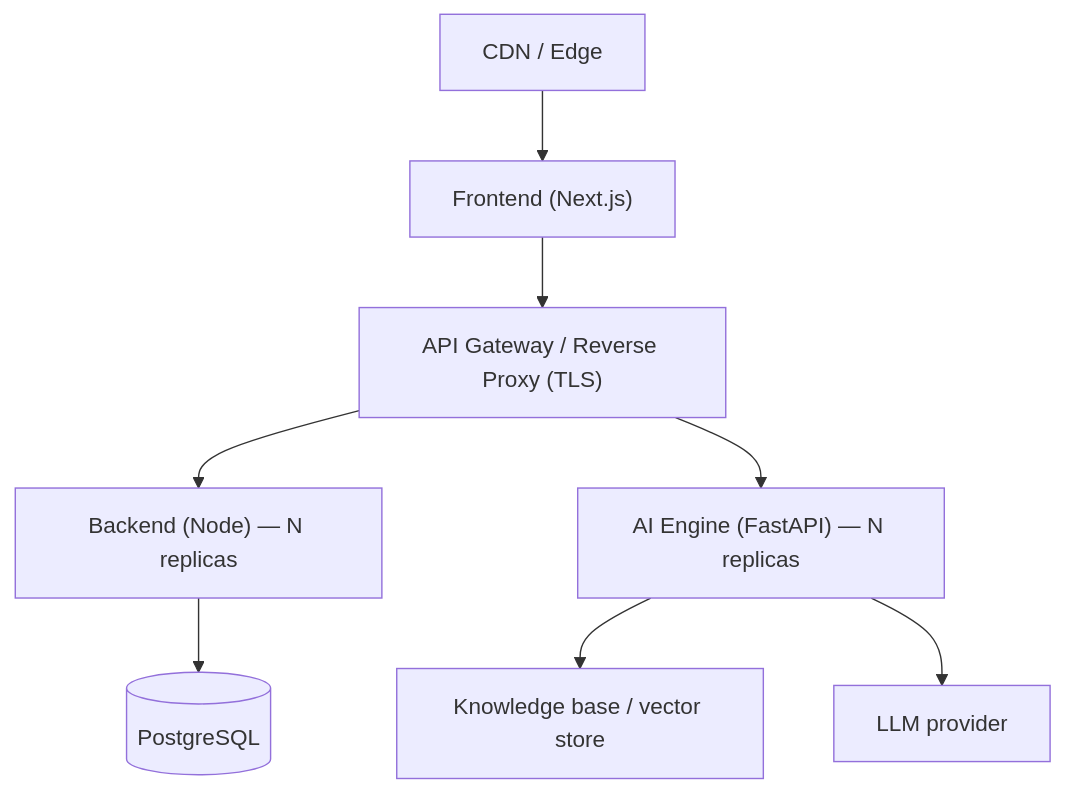
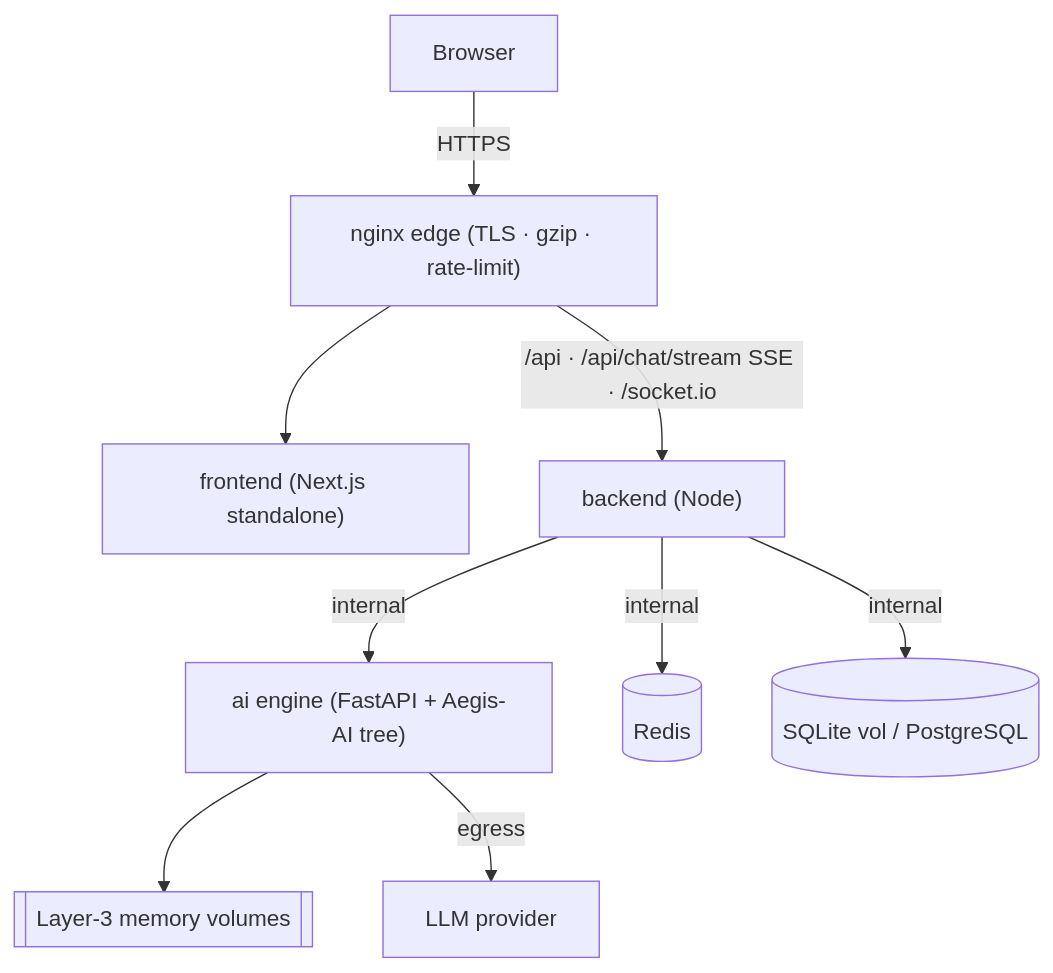
The ninth of 9 diagrams in ARCHITECTURE.md (srinivaspanneerlm-cyber/Aegis-Insurance-Agent), drawn with Mermaid before and after one commit. The commit also changed other lines of this file and 4 other files, not shown here.

First line of the commit message:
docs(devops): add DEVOPS.md runbook + DR; refresh deploy/architecture/readme

````diff
--- a/ARCHITECTURE.md
+++ b/ARCHITECTURE.md
@@ -377,10 +381,11 @@
 ```mermaid
 graph TD
-    CDN["CDN / Edge"] --> FEP["Frontend (Next.js)"]
-    FEP --> GW["API Gateway / Reverse Proxy (TLS)"]
-    GW --> BEP["Backend (Node) — N replicas"]
-    GW --> AIP["AI Engine (FastAPI) — N replicas"]
-    BEP --> PG[("PostgreSQL")]
-    AIP --> KBV["Knowledge base / vector store"]
-    AIP --> LLMP["LLM provider"]
+    U["Browser"] -->|HTTPS| NGINX["nginx edge (TLS · gzip · rate-limit)"]
+    NGINX --> FEP["frontend (Next.js standalone)"]
+    NGINX -->|/api · /api/chat/stream SSE · /socket.io| BEP["backend (Node)"]
+    BEP -->|internal| AIP["ai engine (FastAPI + Aegis-AI tree)"]
+    BEP -->|internal| REDIS[("Redis")]
+    BEP -->|internal| PG[("SQLite vol / PostgreSQL")]
+    AIP --> MEM[["Layer-3 memory volumes"]]
+    AIP -->|egress| LLMP["LLM provider"]
 ```
````
